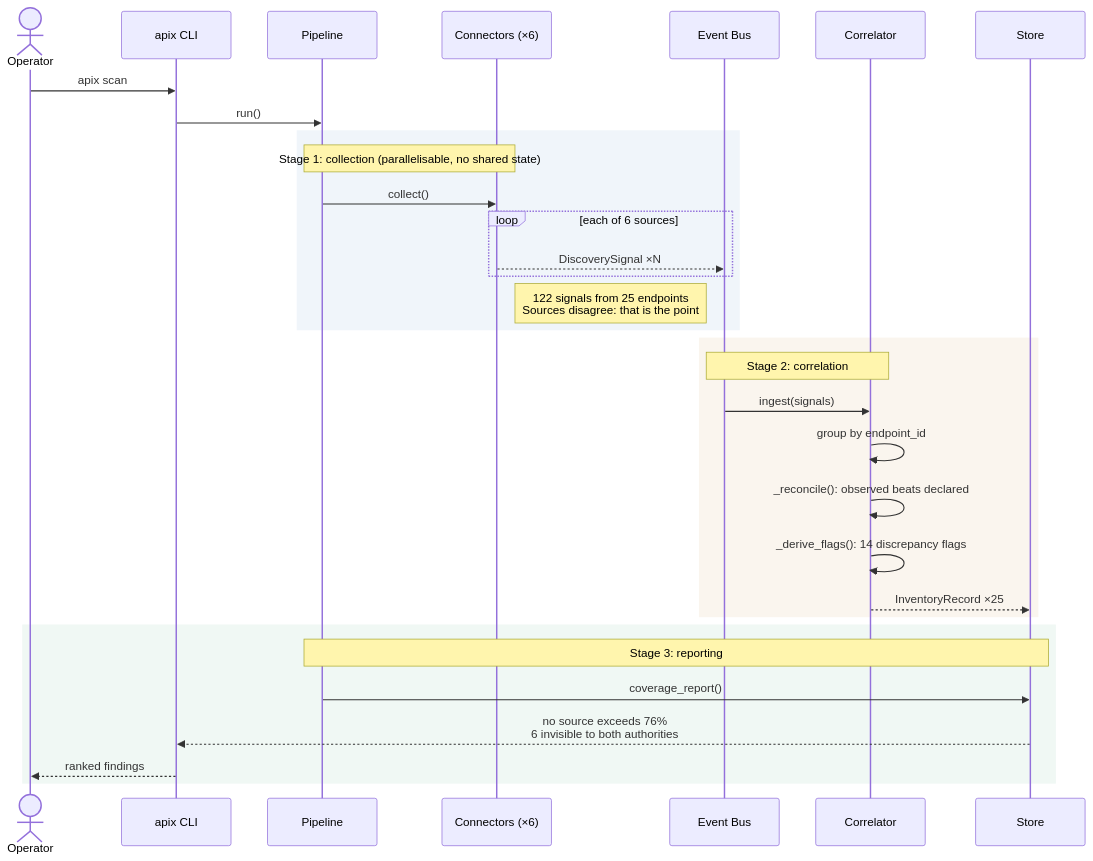
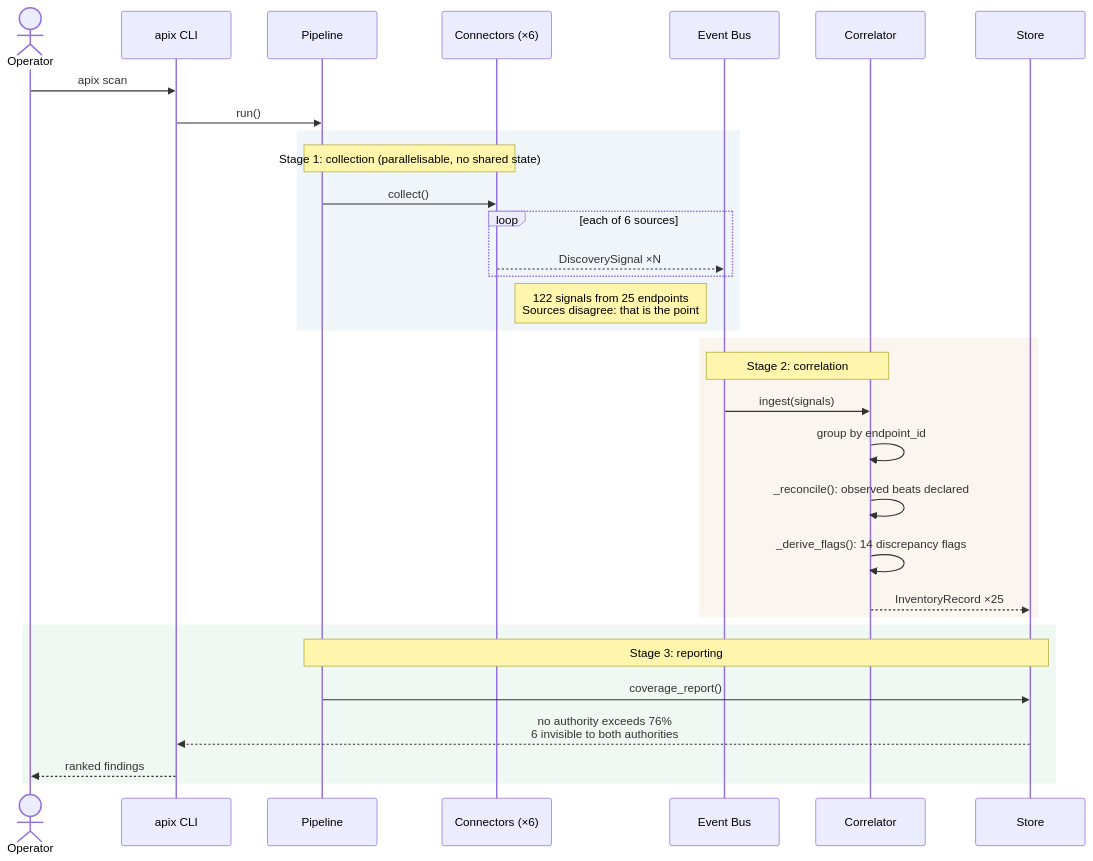
Before and after one commit to shivanshjindal28/api-exorcist: the fourth of 10 diagrams in docs/design-document.md, drawn with Mermaid. The commit also changed other lines of this file and 64 other files, not shown here.

````diff
--- a/docs/design-document.md
+++ b/docs/design-document.md
@@ -432,38 +432,38 @@
 ```mermaid
 sequenceDiagram
     actor OP as Operator
     participant CLI as apix CLI
     participant PIPE as Pipeline
     participant CN as Connectors (×6)
     participant BUS as Event Bus
     participant COR as Correlator
     participant ST as Store
 
     OP->>CLI: apix scan
     CLI->>PIPE: run()
 
     rect rgb(240,245,250)
         note over PIPE,CN: Stage 1: collection (parallelisable, no shared state)
         PIPE->>CN: collect()
         loop each of 6 sources
             CN-->>BUS: DiscoverySignal ×N
         end
         note right of CN: 122 signals from 25 endpoints<br/>Sources disagree: that is the point
     end
 
     rect rgb(250,245,238)
         note over BUS,COR: Stage 2: correlation
         BUS->>COR: ingest(signals)
         COR->>COR: group by endpoint_id
         COR->>COR: _reconcile(): observed beats declared
         COR->>COR: _derive_flags(): 14 discrepancy flags
         COR-->>ST: InventoryRecord ×25
     end
 
     rect rgb(240,248,244)
         note over PIPE,ST: Stage 3: reporting
         PIPE->>ST: coverage_report()
-        ST-->>CLI: no source exceeds 76%<br/>6 invisible to both authorities
+        ST-->>CLI: no authority exceeds 76%<br/>6 invisible to both authorities
         CLI-->>OP: ranked findings
     end
 ```
````
